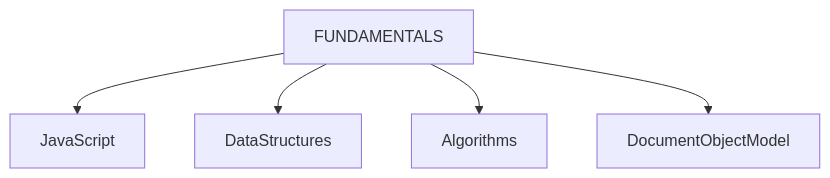
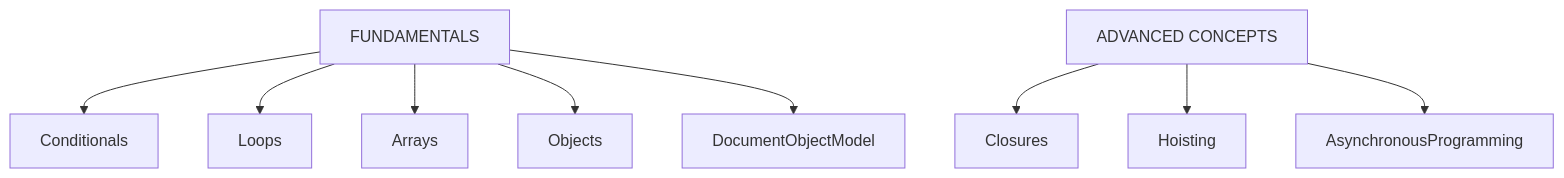
Before and after one commit to prak112/DevSchool-Javascript: the first of 2 diagrams in README.md, drawn with Mermaid. The commit also changed other lines of this file, not shown here.

````diff
--- a/README.md
+++ b/README.md
@@ -14,7 +29,7 @@
 ```mermaid
 graph TD
-A[FUNDAMENTALS] -->JavaScript
-A -->DataStructures
-A -->Algorithms
-A -->DocumentObjectModel
+A[FUNDAMENTALS] -->Conditionals & Loops & Arrays & Objects & DocumentObjectModel
+
+
+B[ADVANCED CONCEPTS] --> Closures & Hoisting & AsynchronousProgramming
 ```
````
